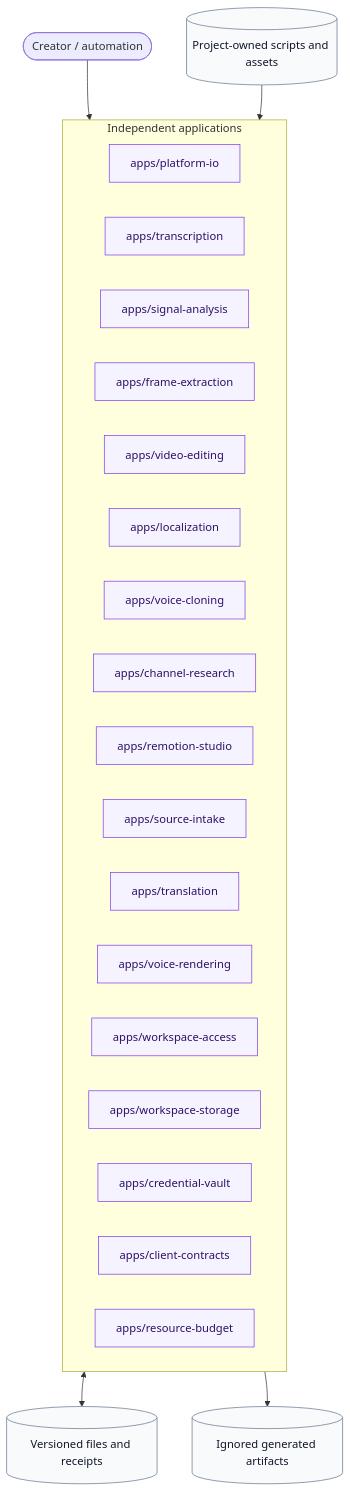
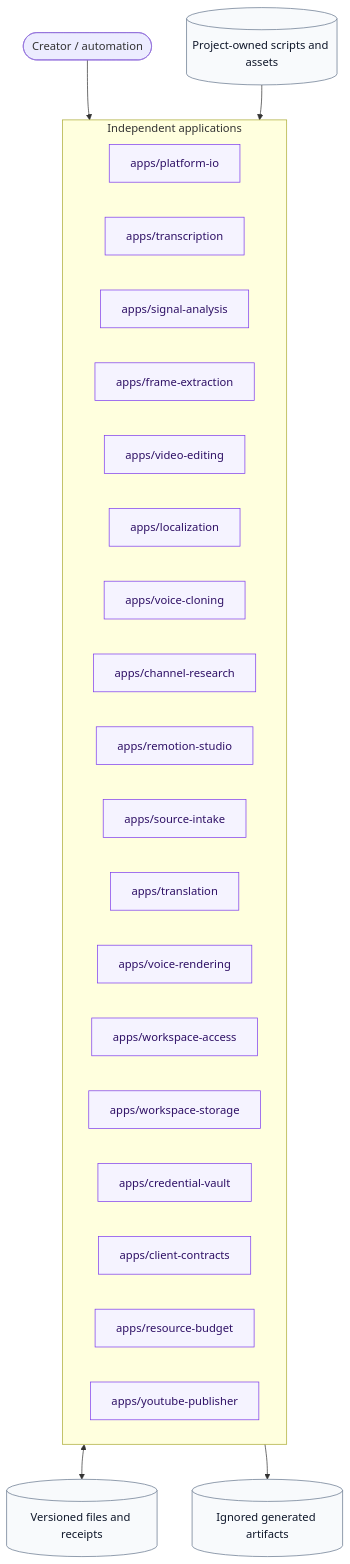
One commit to wohuishuo/cc-video-pipeline changed the second of 2 diagrams in README.md. Above: the diagram before and after it, drawn with Mermaid. The commit also changed other lines of this file and 39 other files, not shown here.

````diff
--- a/README.md
+++ b/README.md
@@ -80,36 +82,37 @@
 ```mermaid
 flowchart TB
     user([Creator / automation])
     subgraph apps[Independent applications]
       A[apps/platform-io]
       B[apps/transcription]
       C[apps/signal-analysis]
       D[apps/frame-extraction]
       E[apps/video-editing]
       F[apps/localization]
       G[apps/voice-cloning]
       H[apps/channel-research]
       I[apps/remotion-studio]
       J[apps/source-intake]
       K[apps/translation]
       L[apps/voice-rendering]
       M[apps/workspace-access]
       N[apps/workspace-storage]
       O[apps/credential-vault]
       P[apps/client-contracts]
       Q[apps/resource-budget]
+      R[apps/youtube-publisher]
     end
     contracts[(Versioned files and receipts)]
     projects[(Project-owned scripts and assets)]
     outputs[(Ignored generated artifacts)]
 
     user --> apps
     apps <--> contracts
     projects --> apps
     apps --> outputs
 
     classDef boundary fill:#f5f3ff,stroke:#7c3aed,color:#2e1065;
     classDef data fill:#f8fafc,stroke:#64748b,color:#0f172a;
-    class A,B,C,D,E,F,G,H,I,J,K,L,M,N,O,P,Q boundary;
+    class A,B,C,D,E,F,G,H,I,J,K,L,M,N,O,P,Q,R boundary;
     class contracts,projects,outputs data;
 ```
````
